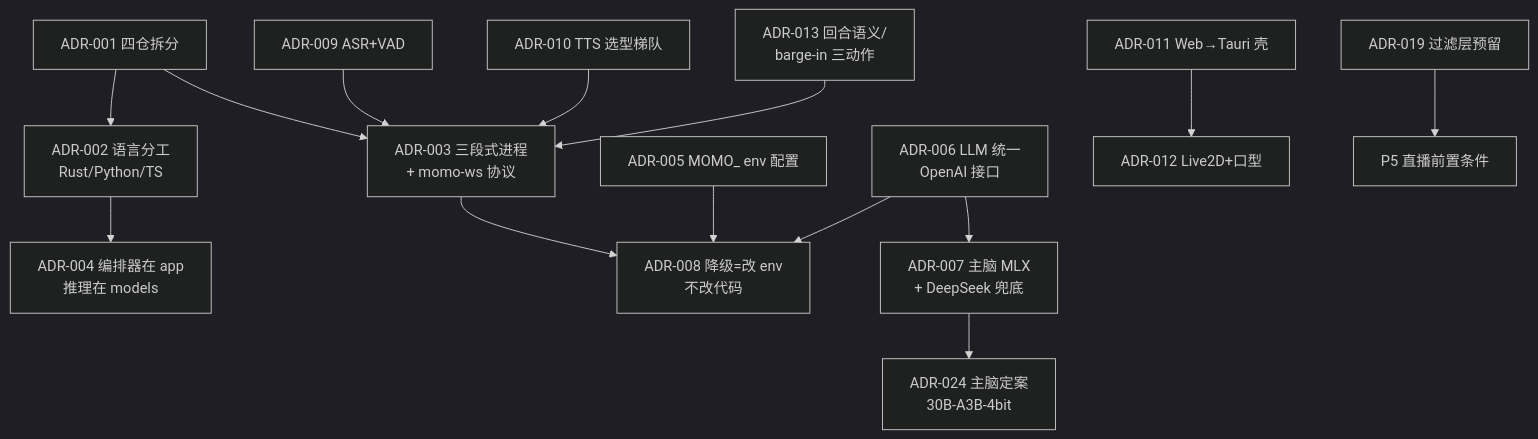
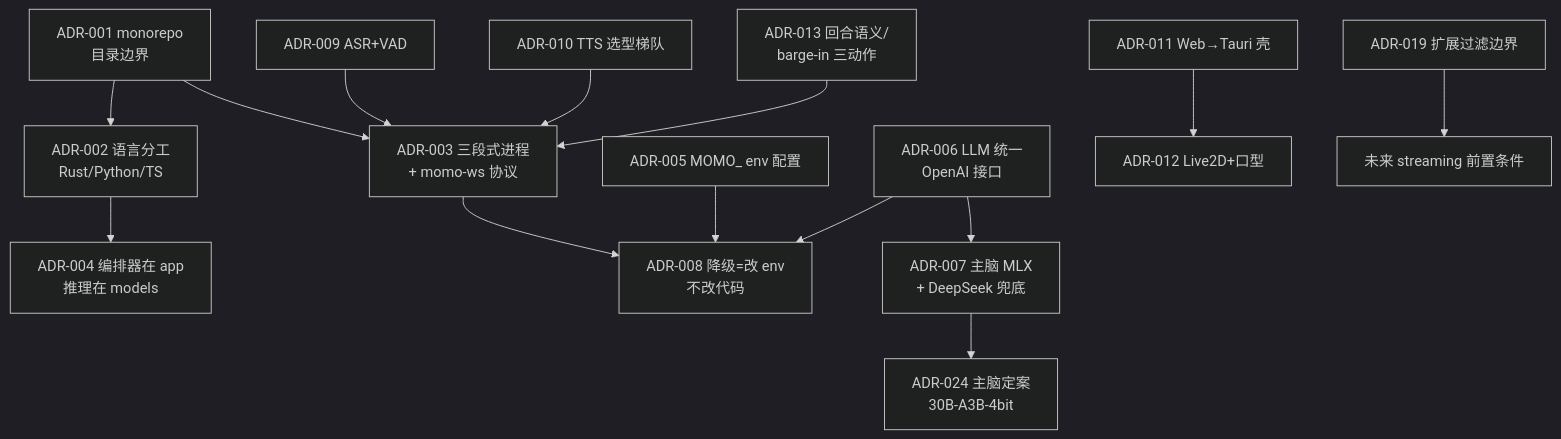
One commit to Momoyeyu/momo changed the diagram in docs/00-context/decisions.md. Above: the diagram before and after it, drawn with Mermaid (dark theme). The commit also changed other lines of this file and 122 other files, not shown here.

````diff
--- a/docs/00-context/decisions.md
+++ b/docs/00-context/decisions.md
@@ -6,16 +6,16 @@
 ```mermaid
 flowchart TD
-    ADR001["ADR-001 四仓拆分"] --> ADR002["ADR-002 语言分工<br/>Rust/Python/TS"]
+    ADR001["ADR-001 monorepo<br/>目录边界"] --> ADR002["ADR-002 语言分工<br/>Rust/Python/TS"]
     ADR001 --> ADR003["ADR-003 三段式进程<br/>+ momo-ws 协议"]
     ADR002 --> ADR004["ADR-004 编排器在 app<br/>推理在 models"]
     ADR003 --> ADR008["ADR-008 降级=改 env<br/>不改代码"]
     ADR005["ADR-005 MOMO_ env 配置"] --> ADR008
     ADR006["ADR-006 LLM 统一<br/>OpenAI 接口"] --> ADR007["ADR-007 主脑 MLX<br/>+ DeepSeek 兜底"]
     ADR007 --> ADR024["ADR-024 主脑定案<br/>30B-A3B-4bit"]
     ADR006 --> ADR008
     ADR009["ADR-009 ASR+VAD"] --> ADR003
     ADR010["ADR-010 TTS 选型梯队"] --> ADR003
     ADR011["ADR-011 Web→Tauri 壳"] --> ADR012["ADR-012 Live2D+口型"]
     ADR013["ADR-013 回合语义/<br/>barge-in 三动作"] --> ADR003
-    ADR019["ADR-019 过滤层预留"] --> P5["P5 直播前置条件"]
+    ADR019["ADR-019 扩展过滤边界"] --> FUTURE["未来 streaming 前置条件"]
 ```
````
